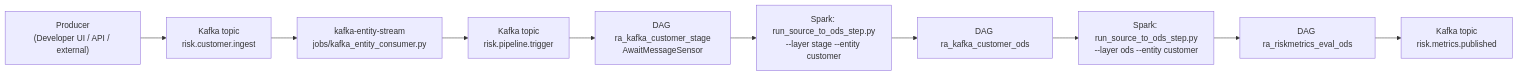
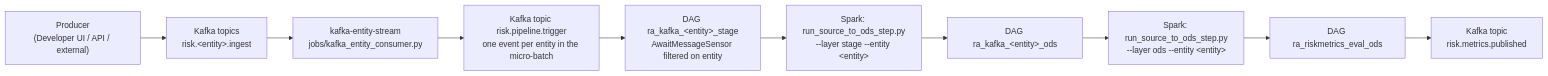
The sixth of 6 diagrams in ARCHITECTURE_DIAGRAM.md (sankarasub/riskanalytics_df), drawn with Mermaid before and after one commit. The commit also changed other lines of this file and 52 other files, not shown here.

Commit message:
Parallelize the STAGE/ODS fan-out, stream every entity, and add CI gates

````diff
--- a/ARCHITECTURE_DIAGRAM.md
+++ b/ARCHITECTURE_DIAGRAM.md
@@ -285,12 +292,12 @@
 ```mermaid
 flowchart LR
-    Producer["Producer<br/>(Developer UI / API / external)"] --> Topic["Kafka topic<br/>risk.customer.ingest"]
+    Producer["Producer<br/>(Developer UI / API / external)"] --> Topic["Kafka topics<br/>risk.&lt;entity&gt;.ingest"]
     Topic --> Consumer["kafka-entity-stream<br/>jobs/kafka_entity_consumer.py"]
-    Consumer --> Trigger["Kafka topic<br/>risk.pipeline.trigger"]
-    Trigger --> StageDag["DAG ra_kafka_customer_stage<br/>AwaitMessageSensor"]
-    StageDag --> StageJob["Spark: run_source_to_ods_step.py<br/>--layer stage --entity customer"]
-    StageJob --> OdsDag["DAG ra_kafka_customer_ods"]
-    OdsDag --> OdsJob["Spark: run_source_to_ods_step.py<br/>--layer ods --entity customer"]
+    Consumer --> Trigger["Kafka topic risk.pipeline.trigger<br/>one event per entity in the micro-batch"]
+    Trigger --> StageDag["DAG ra_kafka_&lt;entity&gt;_stage<br/>AwaitMessageSensor filtered on entity"]
+    StageDag --> StageJob["Spark: run_source_to_ods_step.py<br/>--layer stage --entity &lt;entity&gt;"]
+    StageJob --> OdsDag["DAG ra_kafka_&lt;entity&gt;_ods"]
+    OdsDag --> OdsJob["Spark: run_source_to_ods_step.py<br/>--layer ods --entity &lt;entity&gt;"]
     OdsJob --> Metrics["DAG ra_riskmetrics_eval_ods"]
     Metrics --> Published["Kafka topic<br/>risk.metrics.published"]
 ```
````
